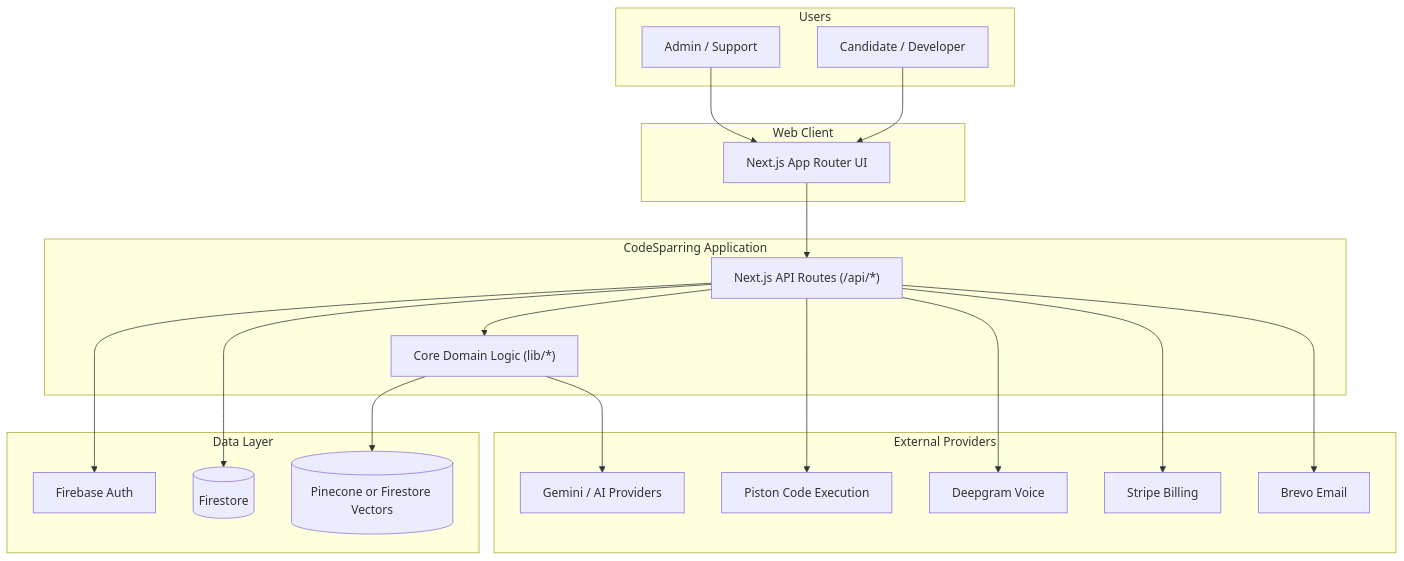
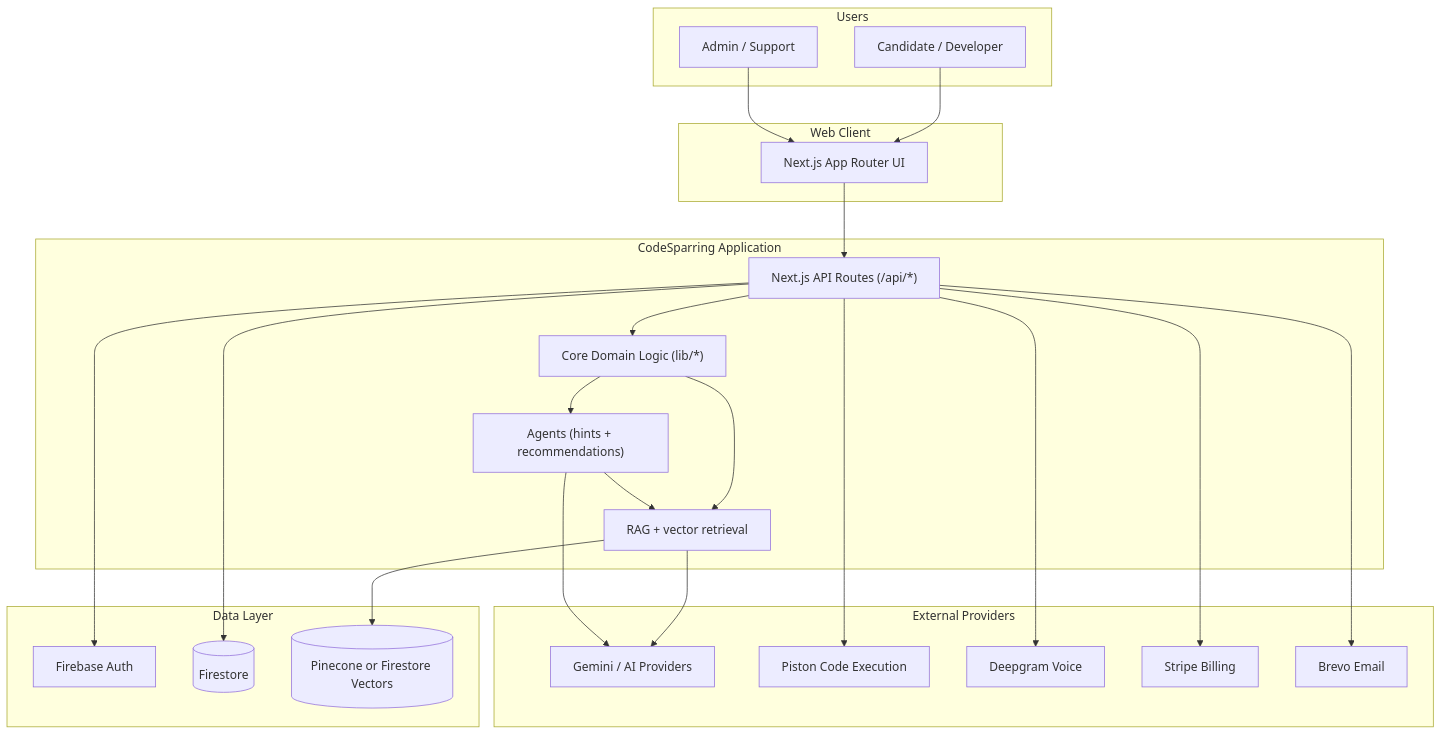
One commit to Nikayel/MockmateWebsite changed the first of 5 diagrams in docs/PLATFORM-ARCHITECTURE.md. Above: the diagram before and after it, drawn with Mermaid. The commit also changed other lines of this file and 3 other files, not shown here.

Commit message:
Update architecture documentation

````diff
--- a/docs/PLATFORM-ARCHITECTURE.md
+++ b/docs/PLATFORM-ARCHITECTURE.md
@@ -7,43 +7,49 @@
 ```mermaid
 flowchart TB
   subgraph Users
     DEV[Candidate / Developer]
     ADM[Admin / Support]
   end
 
   subgraph Client["Web Client"]
     UI[Next.js App Router UI]
   end
 
   subgraph App["CodeSparring Application"]
     API["Next.js API Routes (/api/*)"]
     CORE["Core Domain Logic (lib/*)"]
+    AGENTS["Agents (hints + recommendations)"]
+    RAG["RAG + vector retrieval"]
   end
 
   subgraph Data["Data Layer"]
     AUTH[Firebase Auth]
     DB[(Firestore)]
     VEC[(Pinecone or Firestore Vectors)]
   end
 
   subgraph External["External Providers"]
     LLM[Gemini / AI Providers]
     EXEC[Piston Code Execution]
     VOICE[Deepgram Voice]
     PAY[Stripe Billing]
     MAIL[Brevo Email]
   end
 
   DEV --> UI
   ADM --> UI
   UI --> API
   API --> CORE
+  CORE --> AGENTS
+  CORE --> RAG
   API --> AUTH
   API --> DB
-  CORE --> VEC
-  CORE --> LLM
+  RAG --> VEC
+  RAG --> LLM
+  AGENTS --> LLM
+  AGENTS --> RAG
   API --> EXEC
   API --> VOICE
   API --> PAY
   API --> MAIL
 ```
````
